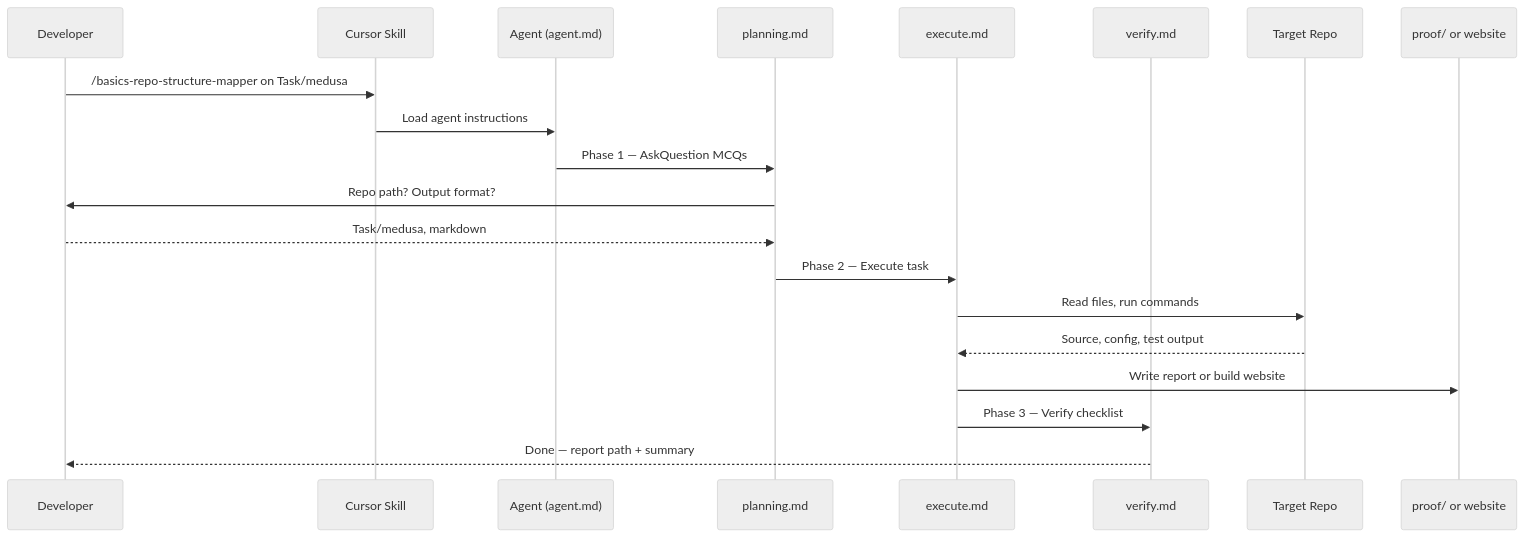
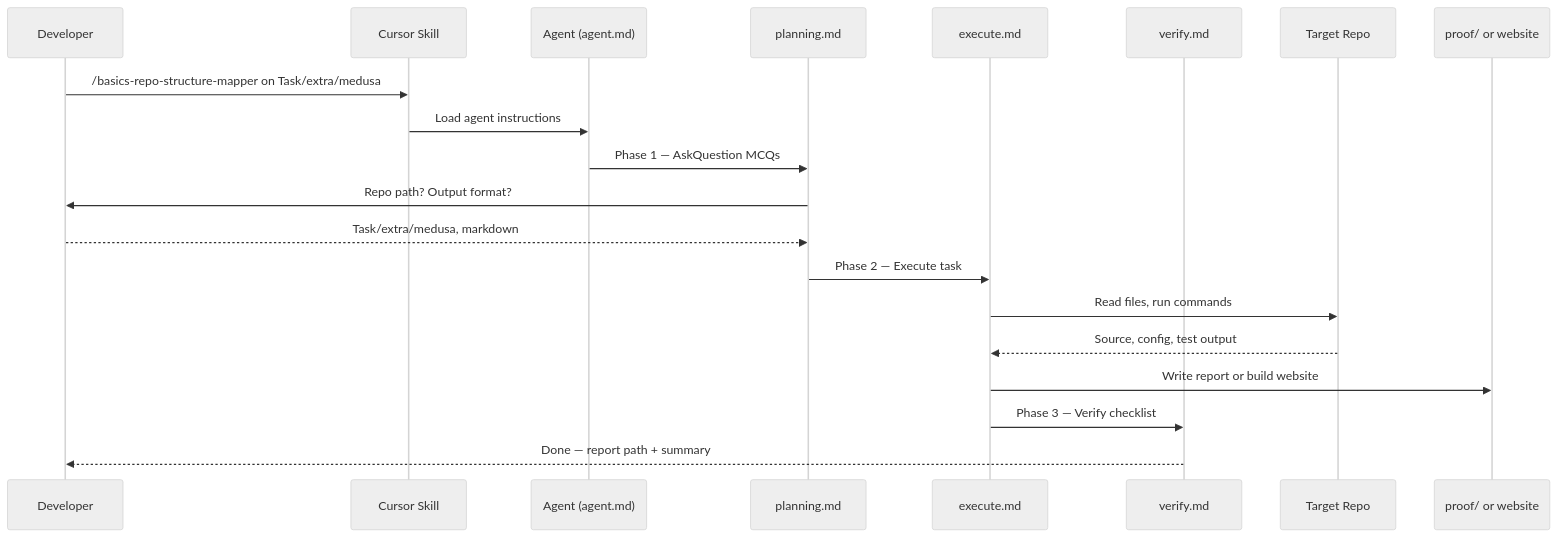
One commit to t-divyanshupatel/Task changed the fourth of 10 diagrams in README.md. Above: the diagram before and after it, drawn with Mermaid (neutral theme). The commit also changed other lines of this file and 22777 other files, not shown here.

````diff
--- a/README.md
+++ b/README.md
@@ -224,23 +229,23 @@
 ```mermaid
 sequenceDiagram
     participant U as Developer
     participant S as Cursor Skill
     participant A as Agent (agent.md)
     participant P as planning.md
     participant E as execute.md
     participant V as verify.md
     participant R as Target Repo
     participant O as proof/ or website
 
-    U->>S: /basics-repo-structure-mapper on Task/medusa
+    U->>S: /basics-repo-structure-mapper on Task/extra/medusa
     S->>A: Load agent instructions
     A->>P: Phase 1 — AskQuestion MCQs
     P->>U: Repo path? Output format?
-    U-->>P: Task/medusa, markdown
+    U-->>P: Task/extra/medusa, markdown
     P->>E: Phase 2 — Execute task
     E->>R: Read files, run commands
     R-->>E: Source, config, test output
     E->>O: Write report or build website
     E->>V: Phase 3 — Verify checklist
     V-->>U: Done — report path + summary
 ```
````
